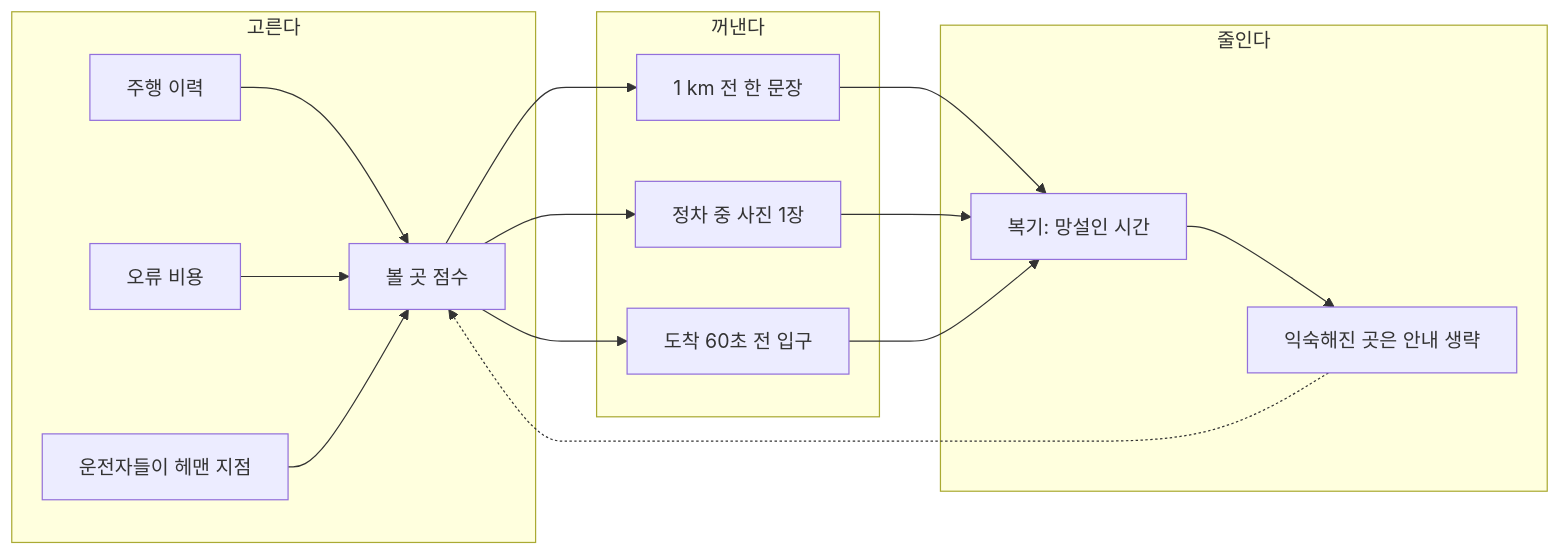
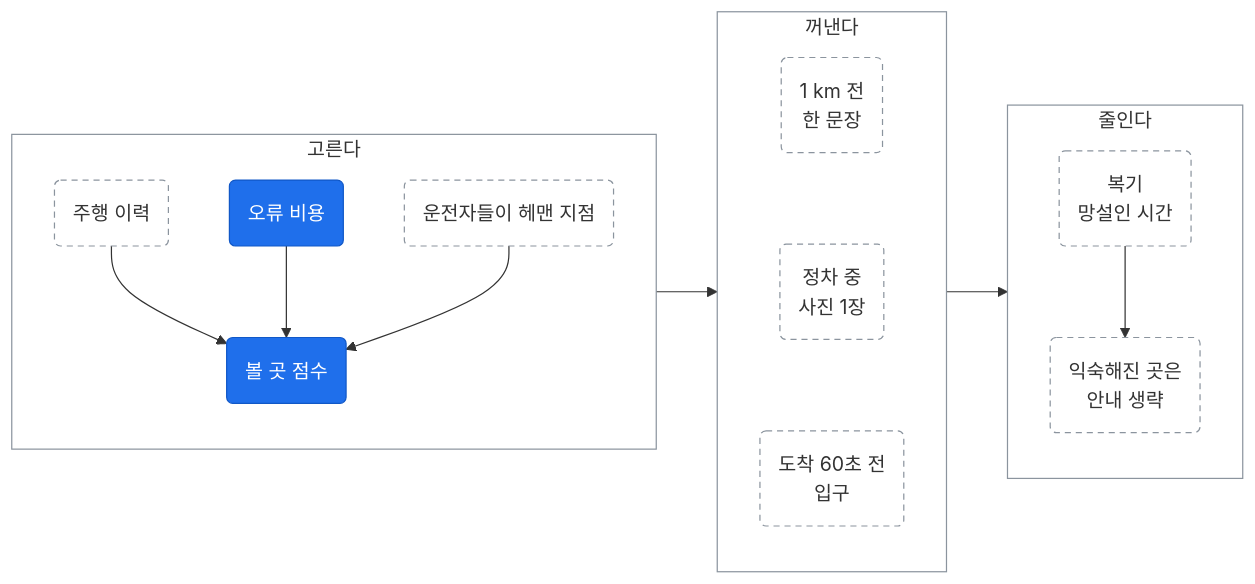
Before and after one commit to JoisFe/deja-vroom: the diagram in docs/concept.md, drawn with Mermaid. The commit also changed other lines of this file and 17 other files, not shown here.

First line of the commit message:
문서 다이어그램을 색·모양 규칙에 맞춰 다시 그리고 코드와 다른 설명 정리

````diff
--- a/docs/concept.md
+++ b/docs/concept.md
@@ -19,18 +21,31 @@
 ```mermaid
 flowchart LR
-    subgraph 고른다
-        A1[주행 이력] --> S[볼 곳 점수]
-        A2[오류 비용] --> S
-        A3[운전자들이 헤맨 지점] --> S
+    subgraph pick["고른다"]
+        direction TB
+        history("주행 이력"):::plan
+        cost("오류 비용"):::now
+        lost("운전자들이 헤맨 지점"):::plan
+        score("볼 곳 점수"):::now
+        history & cost & lost --> score
     end
-    subgraph 꺼낸다
-        S --> B1[1 km 전 한 문장]
-        S --> B2[정차 중 사진 1장]
-        S --> B3[도착 60초 전 입구]
+    subgraph show["꺼낸다"]
+        direction TB
+        say("1 km 전<br/>한 문장"):::plan
+        photo("정차 중<br/>사진 1장"):::plan
+        entrance("도착 60초 전<br/>입구"):::plan
+        say ~~~ photo ~~~ entrance
     end
-    subgraph 줄인다
-        B1 & B2 & B3 --> C1["복기: 망설인 시간"]
-        C1 --> C2[익숙해진 곳은 안내 생략]
-        C2 -.-> S
+    subgraph cut["줄인다"]
+        direction TB
+        recap("복기<br/>망설인 시간"):::plan
+        skip("익숙해진 곳은<br/>안내 생략"):::plan
+        recap --> skip
     end
+    pick --> show --> cut
+
+    classDef now fill:#1f6feb,stroke:#1158c7,color:#ffffff
+    classDef plan fill:none,stroke:#8b949e,stroke-dasharray:5 4
+    style pick fill:none,stroke:#8b949e
+    style show fill:none,stroke:#8b949e
+    style cut fill:none,stroke:#8b949e
 ```
````
